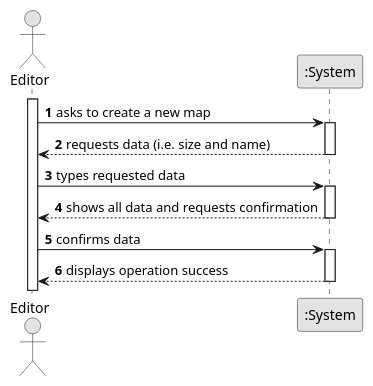
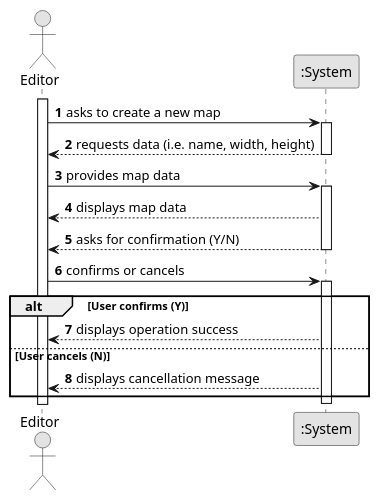
One commit to bruno-monteiro5/sem2-pi-24.25-g132-repo changed the diagram in docs/system-documentation/US001/01.requirements-engineering/puml/US001-SSD.puml. Above: the diagram before and after it, drawn with PlantUML. The commit also changed 3 other files, not shown here.

Commit message:
CreateMapUI aligned with ssd with confirmation prompt and improve toString method in Map

```diff
--- a/docs/system-documentation/US001/01.requirements-engineering/puml/US001-SSD.puml
+++ b/docs/system-documentation/US001/01.requirements-engineering/puml/US001-SSD.puml
@@ -1,32 +1,36 @@
 @startuml
 skinparam monochrome true
 skinparam packageStyle rectangle
 skinparam shadowing false
 
 autonumber
 
 actor "Editor" as Editor
 participant ":System" as System
 
 activate Editor
 
     Editor -> System : asks to create a new map
     activate System
 
-
-
-        System --> Editor : requests data (i.e. size and name)
+        System --> Editor : requests data (i.e. name, width, height)
     deactivate System
 
-    Editor -> System : types requested data
+    Editor -> System : provides map data
     activate System
 
-        System --> Editor : shows all data and requests confirmation
+        System --> Editor : displays map data
+        System --> Editor : asks for confirmation (Y/N)
     deactivate System
 
-    Editor -> System : confirms data
+    Editor -> System : confirms or cancels
     activate System
 
+    alt User confirms (Y)
         System --> Editor : displays operation success
+    else User cancels (N)
+        System --> Editor : displays cancellation message
+    end
+
     deactivate System
 @enduml
```
